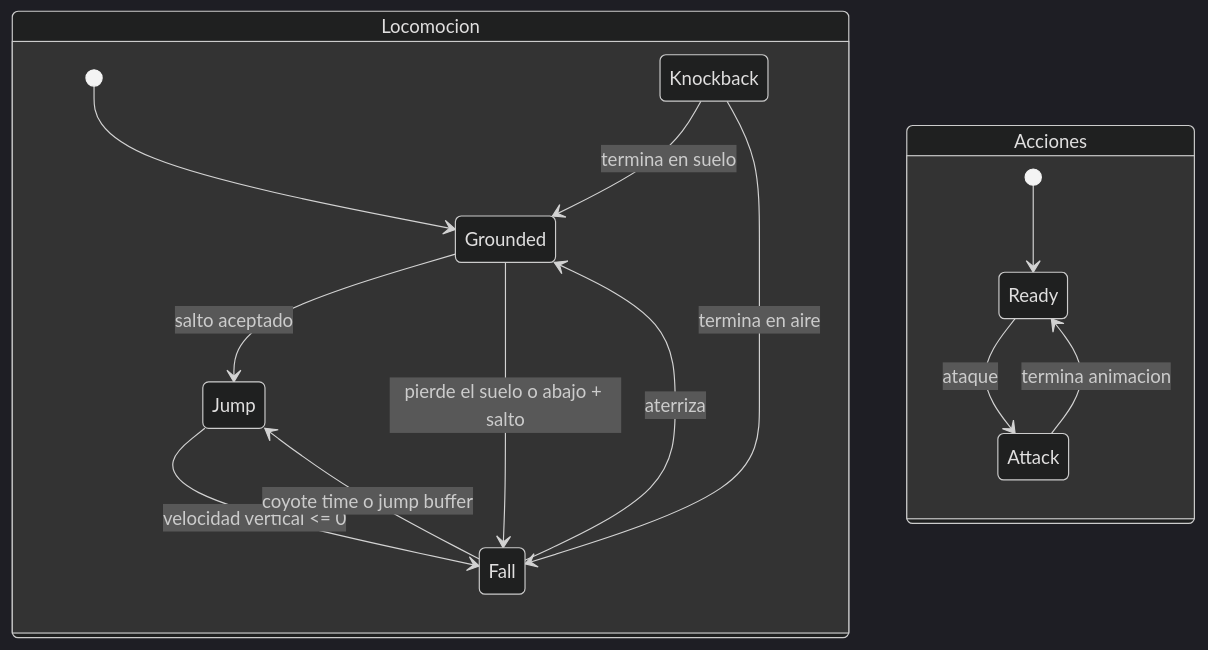
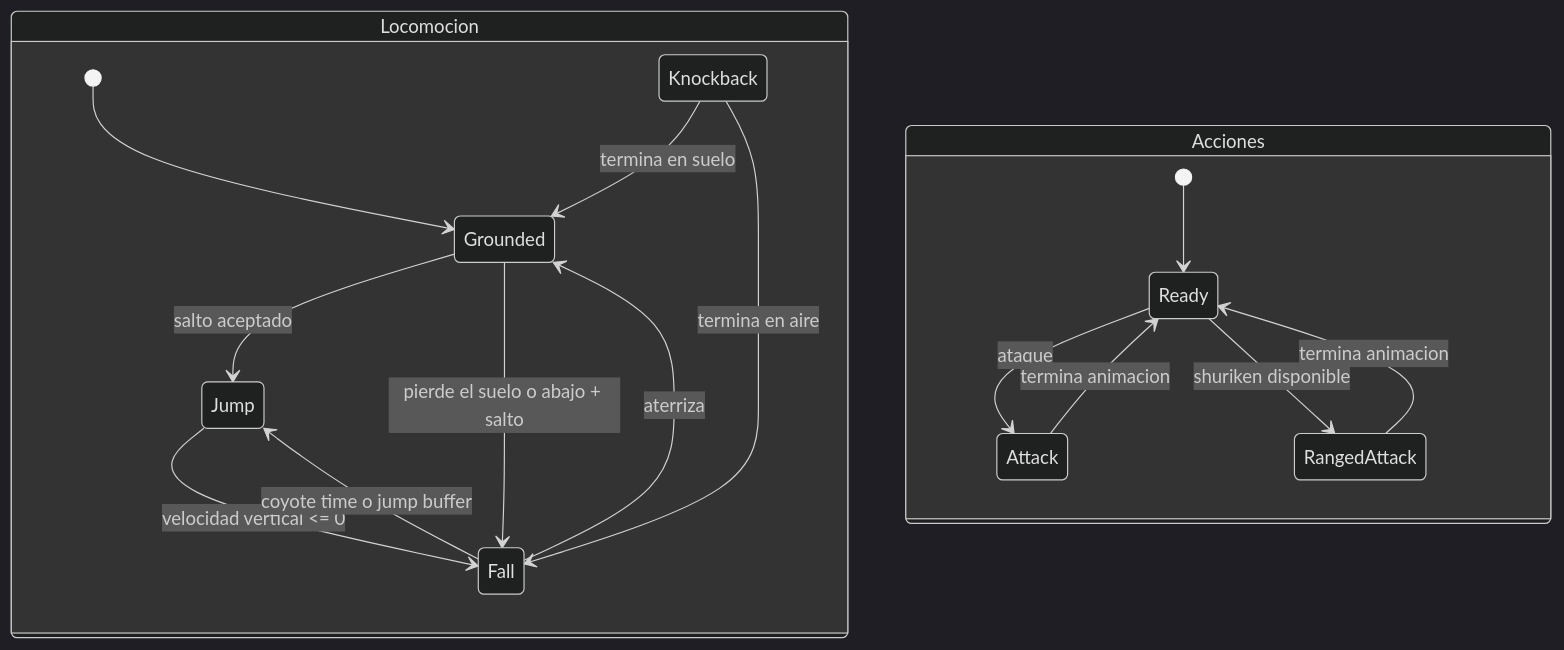
The second of 2 diagrams in Assets/Scripts/Player/README.md (luc4s92/Parcial2-programacion), drawn with Mermaid (dark theme) before and after one commit. The commit also changed other lines of this file and 35 other files, not shown here.

````diff
--- a/Assets/Scripts/Player/README.md
+++ b/Assets/Scripts/Player/README.md
@@ -140,19 +151,21 @@
 ```mermaid
 stateDiagram-v2
     state Locomocion {
         [*] --> Grounded
         Grounded --> Jump: salto aceptado
         Grounded --> Fall: pierde el suelo o abajo + salto
         Jump --> Fall: velocidad vertical <= 0
         Fall --> Jump: coyote time o jump buffer
         Fall --> Grounded: aterriza
         Knockback --> Grounded: termina en suelo
         Knockback --> Fall: termina en aire
     }
 
     state Acciones {
         [*] --> Ready
         Ready --> Attack: ataque
         Attack --> Ready: termina animacion
+        Ready --> RangedAttack: shuriken disponible
+        RangedAttack --> Ready: termina animacion
     }
 ```
````
